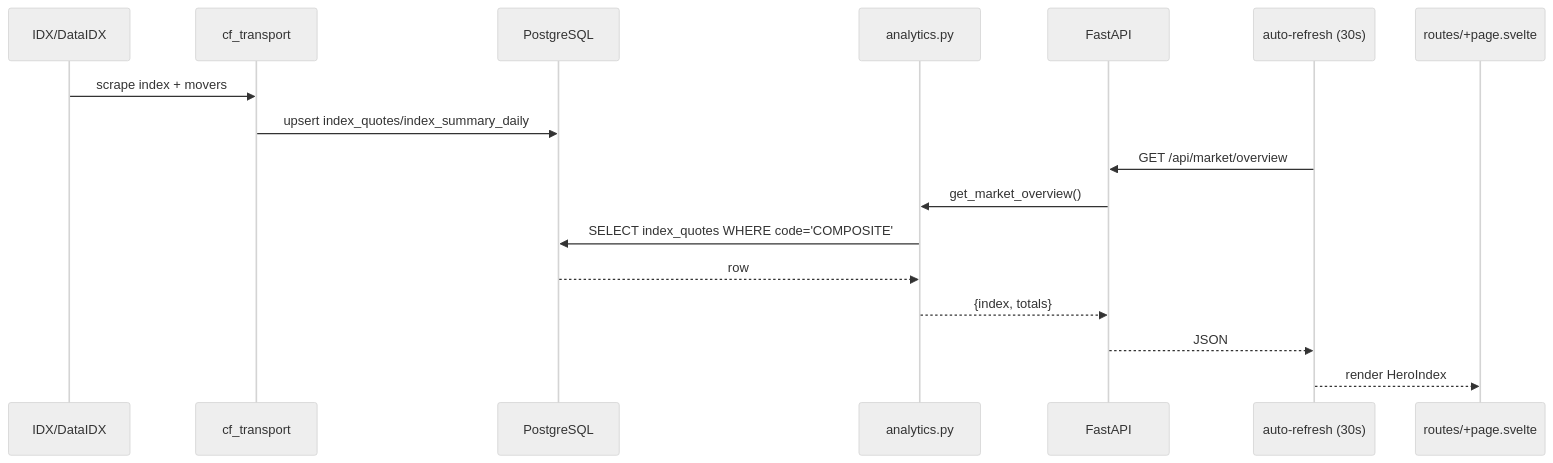
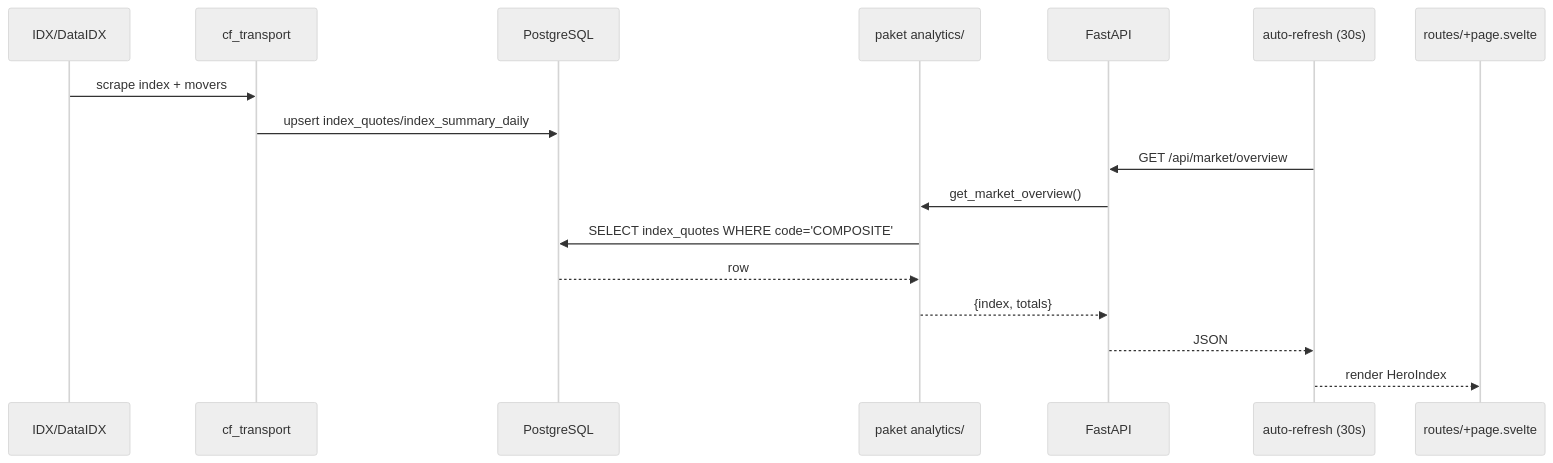
One commit to faizalajiw/idx-web changed the second of 7 diagrams in docs/README.md. Above: the diagram before and after it, drawn with Mermaid (neutral theme). The commit also changed other lines of this file and 16 other files, not shown here.

````diff
--- a/docs/README.md
+++ b/docs/README.md
@@ -99,19 +99,19 @@
 ```mermaid
 sequenceDiagram
     participant IDX as IDX/DataIDX
     participant CF as cf_transport
     participant PG as PostgreSQL
-    participant ANA as analytics.py
+    participant ANA as paket analytics/
     participant API as FastAPI
     participant auto-refresh as auto-refresh (30s)
     participant UI as routes/+page.svelte
     IDX->>CF: scrape index + movers
     CF->>PG: upsert index_quotes/index_summary_daily
     auto-refresh->>API: GET /api/market/overview
     API->>ANA: get_market_overview()
     ANA->>PG: SELECT index_quotes WHERE code='COMPOSITE'
     PG-->>ANA: row
     ANA-->>API: {index, totals}
     API-->>auto-refresh: JSON
     auto-refresh-->>UI: render HeroIndex
 ```
````
